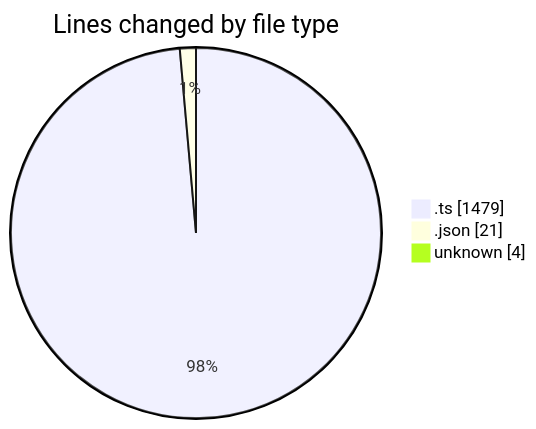
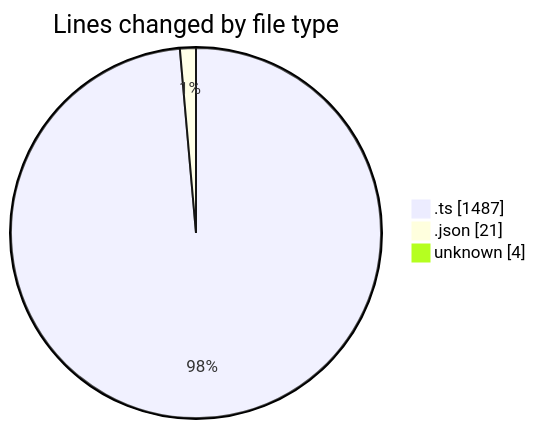
The first of 2 diagrams in 2026-02-03/singularitybrainai/README.md (tmsrecording-cyber/code-tracking), drawn with Mermaid before and after one commit. The commit also changed other lines of this file and 1 other file, not shown here.

````diff
--- a/2026-02-03/singularitybrainai/README.md
+++ b/2026-02-03/singularitybrainai/README.md
@@ -23,7 +23,7 @@
 ```mermaid
 pie showData
 title Lines changed by file type
-".ts" : 1479
+".ts" : 1487
 ".json" : 21
 "unknown" : 4
 ```
````
